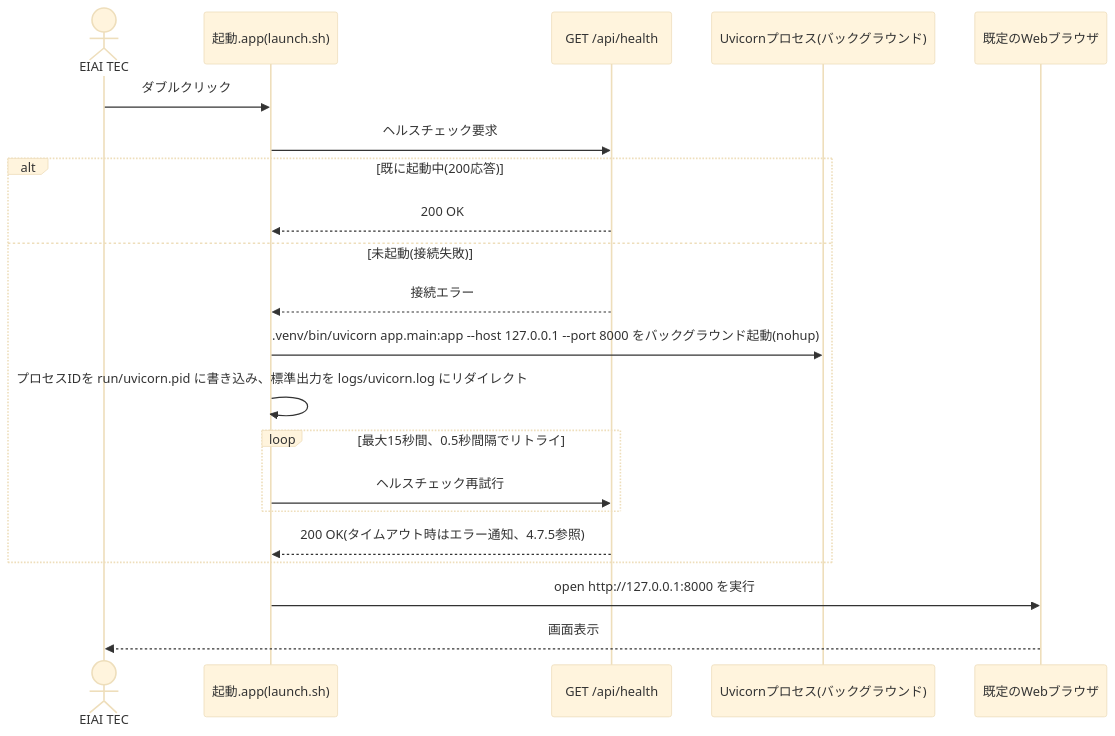
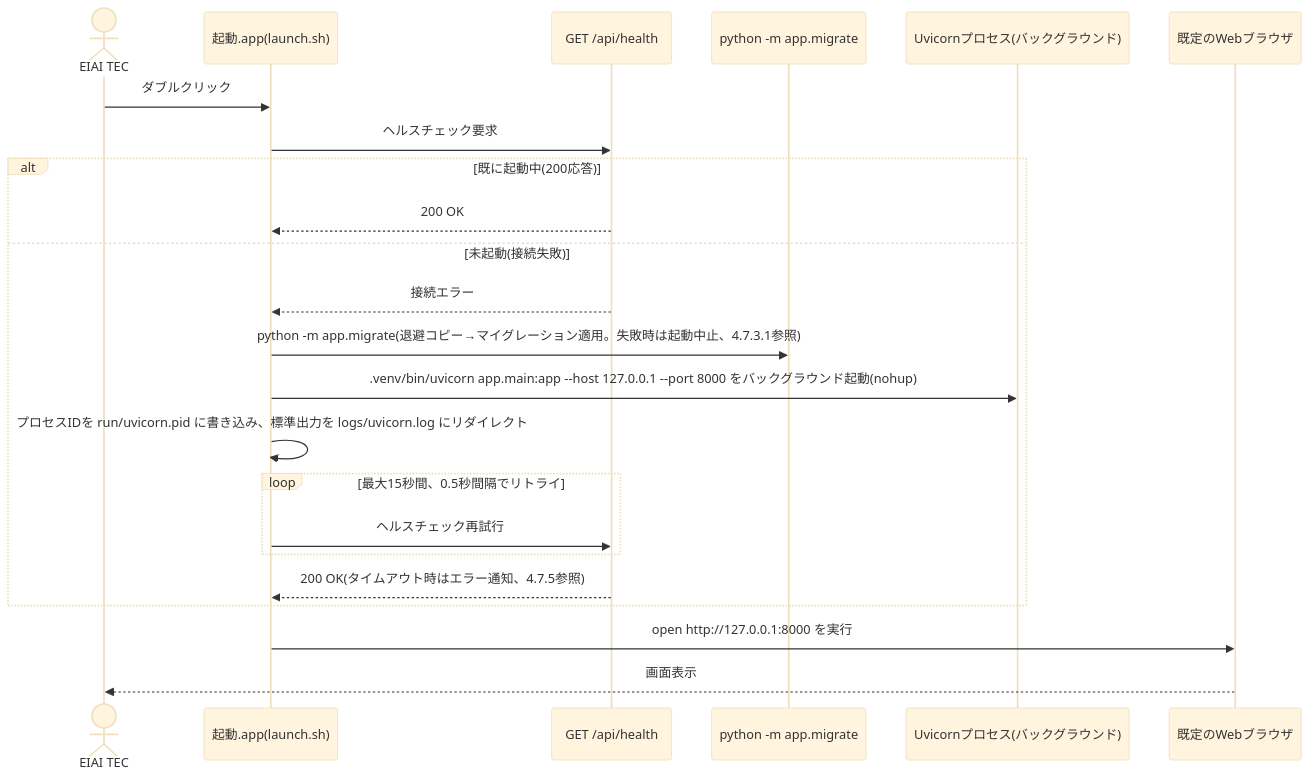
The second of 10 diagrams in docs/02_architect/詳細設計書.md (eiai00000001-cell/back-office), drawn with Mermaid (base theme) before and after one commit. The commit also changed other lines of this file and 2 other files, not shown here.

````diff
--- a/docs/02_architect/詳細設計書.md
+++ b/docs/02_architect/詳細設計書.md
@@ -610,24 +610,26 @@
 ```mermaid
 sequenceDiagram
     actor User as EIAI TEC
     participant App as 起動.app(launch.sh)
     participant Health as GET /api/health
+    participant Migrate as python -m app.migrate
     participant Uvicorn as Uvicornプロセス(バックグラウンド)
     participant Browser as 既定のWebブラウザ
 
     User->>App: ダブルクリック
     App->>Health: ヘルスチェック要求
     alt 既に起動中(200応答)
         Health-->>App: 200 OK
     else 未起動(接続失敗)
         Health-->>App: 接続エラー
+        App->>Migrate: python -m app.migrate(退避コピー→マイグレーション適用。失敗時は起動中止、4.7.3.1参照)
         App->>Uvicorn: .venv/bin/uvicorn app.main:app --host 127.0.0.1 --port 8000 をバックグラウンド起動(nohup)
         App->>App: プロセスIDを run/uvicorn.pid に書き込み、標準出力を logs/uvicorn.log にリダイレクト
         loop 最大15秒間、0.5秒間隔でリトライ
             App->>Health: ヘルスチェック再試行
         end
         Health-->>App: 200 OK(タイムアウト時はエラー通知、4.7.5参照)
     end
     App->>Browser: open http://127.0.0.1:8000 を実行
     Browser-->>User: 画面表示
 ```
````
